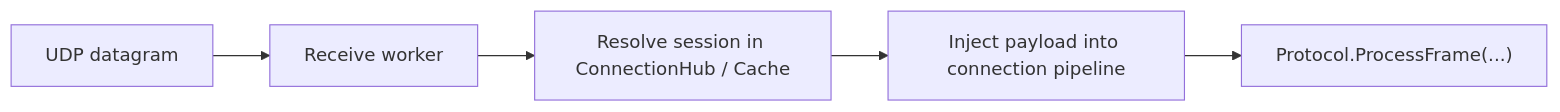
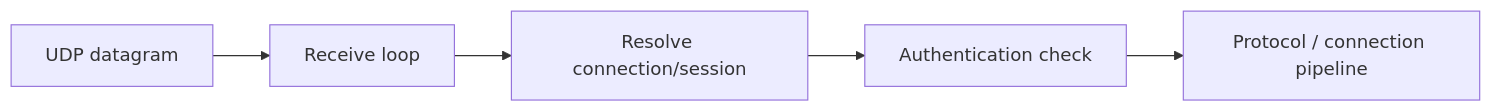
One commit to ppn-systems/Nalix changed the diagram in docs/api/network/udp-listener.md. Above: the diagram before and after it, drawn with Mermaid. The commit also changed other lines of this file and 75 other files, not shown here.

````diff
--- a/docs/api/network/udp-listener.md
+++ b/docs/api/network/udp-listener.md
@@ -11,7 +45,7 @@
 ```mermaid
 flowchart LR
-    A["UDP datagram"] --> B["Receive worker"]
-    B --> C["Resolve session in ConnectionHub / Cache"]
-    C --> D["Inject payload into connection pipeline"]
-    D --> E["Protocol.ProcessFrame(...)"]
+    A["UDP datagram"] --> B["Receive loop"]
+    B --> C["Resolve connection/session"]
+    C --> D["Authentication check"]
+    D --> E["Protocol / connection pipeline"]
 ```
````
